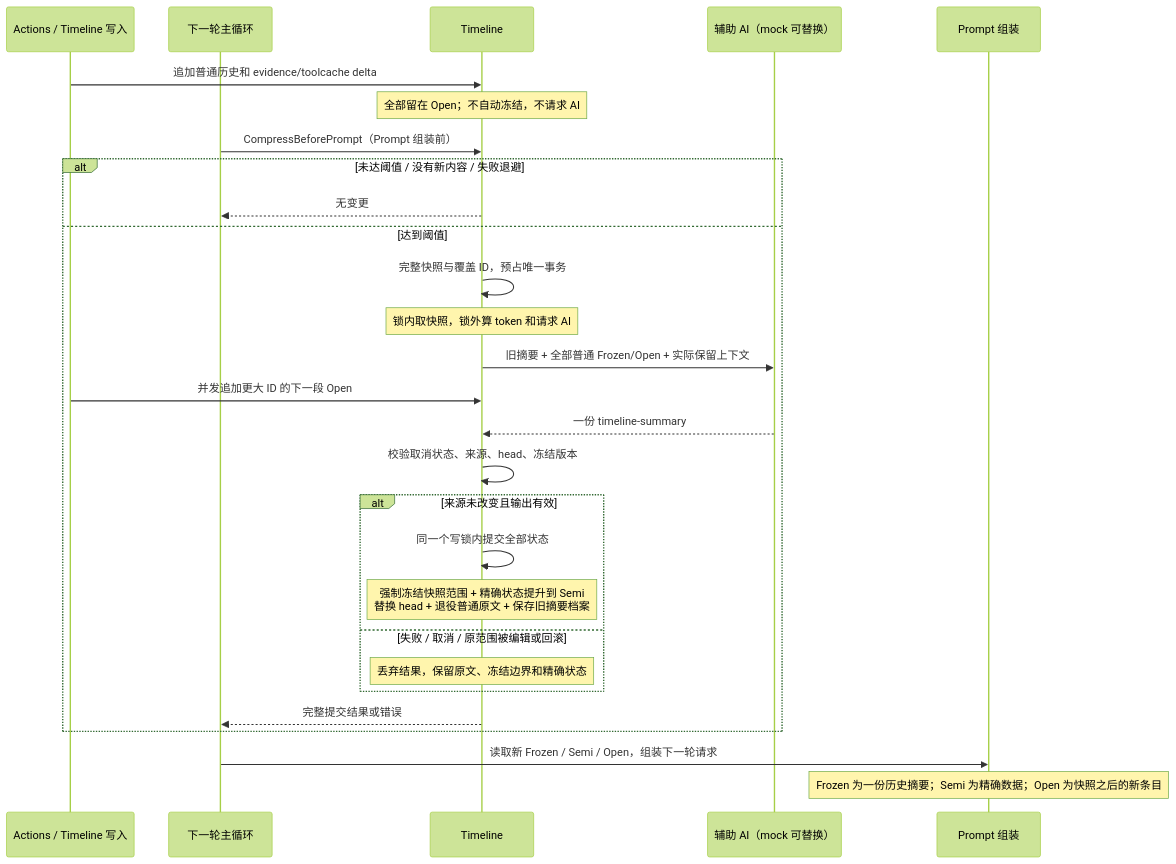
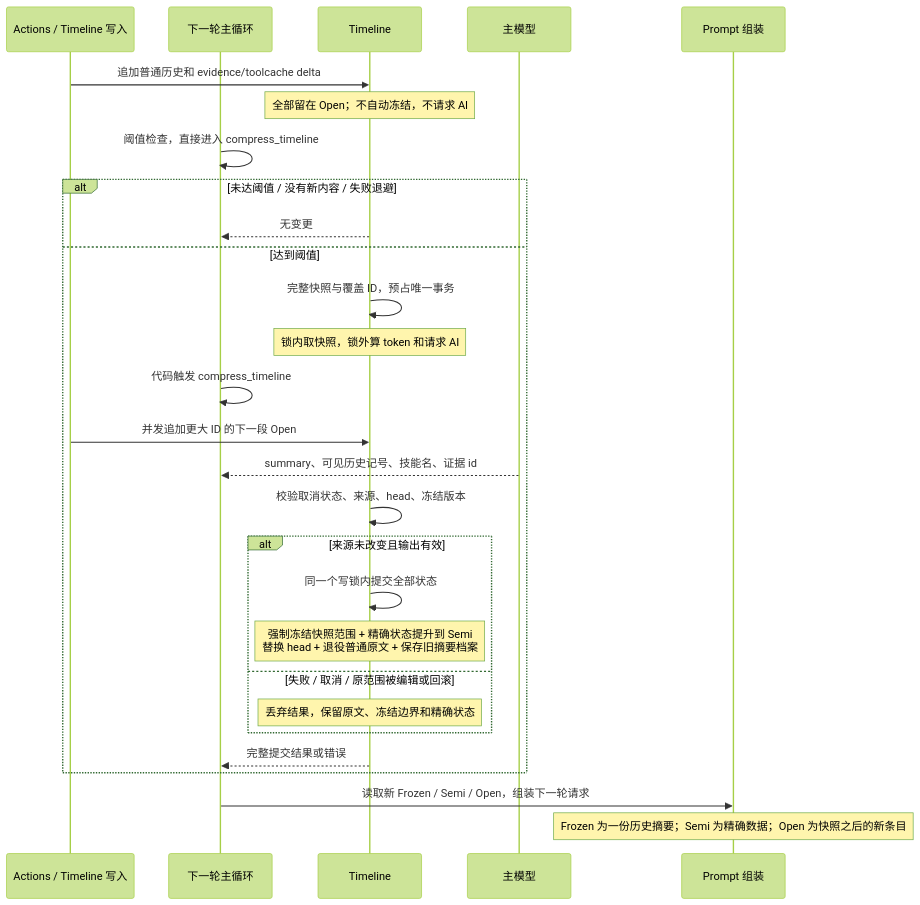
Before and after one commit to yaklang/yaklang: the diagram in common/ai/aid/aicommon/timeline_compression.md, drawn with Mermaid (forest theme). The commit also changed other lines of this file and 13 other files, not shown here.

Commit message:
feat(ai): trigger timeline compression from main loop

````diff
--- a/common/ai/aid/aicommon/timeline_compression.md
+++ b/common/ai/aid/aicommon/timeline_compression.md
@@ -11,30 +11,30 @@
 ```mermaid
 sequenceDiagram
     participant W as Actions / Timeline 写入
     participant L as 下一轮主循环
     participant T as Timeline
-    participant A as 辅助 AI（mock 可替换）
+    participant A as 主模型
     participant P as Prompt 组装
     W->>T: 追加普通历史和 evidence/toolcache delta
     Note over T: 全部留在 Open；不自动冻结，不请求 AI
-    L->>T: CompressBeforePrompt（Prompt 组装前）
+    L->>L: 阈值检查，直接进入 compress_timeline
     alt 未达阈值 / 没有新内容 / 失败退避
         T-->>L: 无变更
     else 达到阈值
         T->>T: 完整快照与覆盖 ID，预占唯一事务
         Note over T: 锁内取快照，锁外算 token 和请求 AI
-        T->>A: 旧摘要 + 全部普通 Frozen/Open + 实际保留上下文
+        L->>L: 代码触发 compress_timeline
         W->>T: 并发追加更大 ID 的下一段 Open
-        A-->>T: 一份 timeline-summary
+        A-->>L: summary、可见历史记号、技能名、证据 id
         T->>T: 校验取消状态、来源、head、冻结版本
         alt 来源未改变且输出有效
             T->>T: 同一个写锁内提交全部状态
             Note over T: 强制冻结快照范围 + 精确状态提升到 Semi<br/>替换 head + 退役普通原文 + 保存旧摘要档案
         else 失败 / 取消 / 原范围被编辑或回滚
             Note over T: 丢弃结果，保留原文、冻结边界和精确状态
         end
         T-->>L: 完整提交结果或错误
     end
     L->>P: 读取新 Frozen / Semi / Open，组装下一轮请求
     Note over P: Frozen 为一份历史摘要；Semi 为精确数据；Open 为快照之后的新条目
 ```
````
